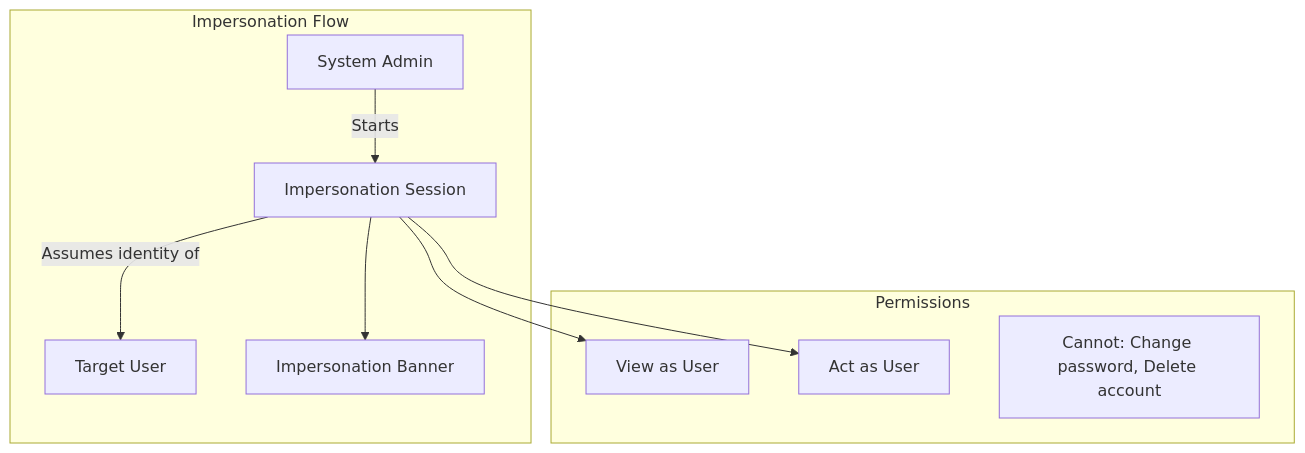
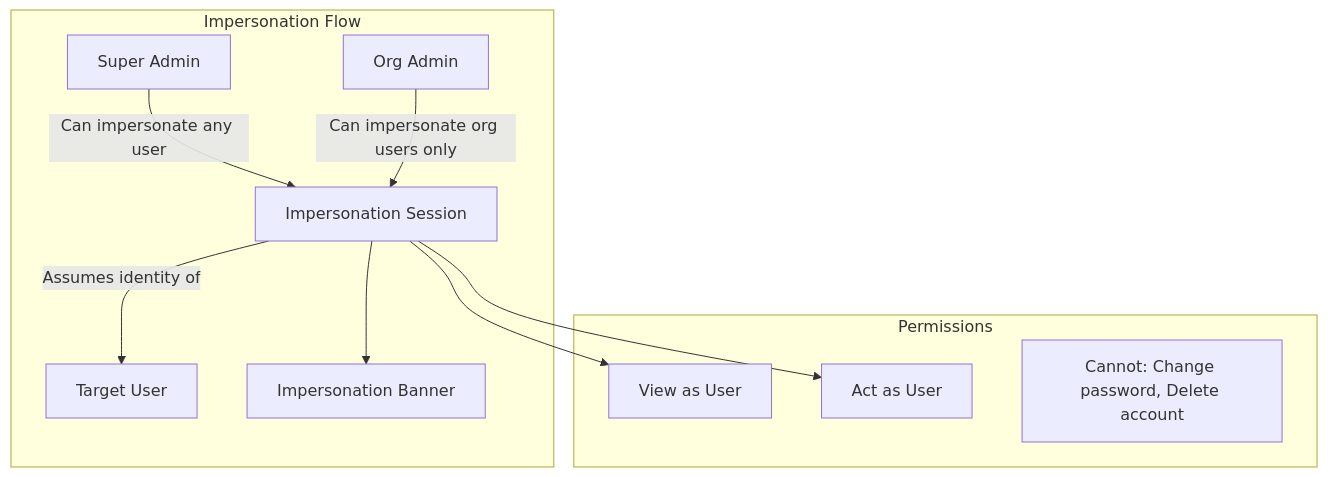
One commit to Dyad-Apps/argus-lite changed the third of 6 diagrams in docs/architecture/phase-5-security-features.md. Above: the diagram before and after it, drawn with Mermaid. The commit also changed other lines of this file and 1 other file, not shown here.

First line of the commit message:
docs: update documentation with org_admin role and impersonation rules

````diff
--- a/docs/architecture/phase-5-security-features.md
+++ b/docs/architecture/phase-5-security-features.md
@@ -101,21 +105,23 @@
 ```mermaid
 graph TB
     subgraph "Impersonation Flow"
-        ADMIN[System Admin]
+        SUPER[Super Admin]
+        ORG[Org Admin]
         TARGET[Target User]
         SESSION[Impersonation Session]
         BANNER[Impersonation Banner]
     end
 
     subgraph "Permissions"
         VIEW[View as User]
         ACT[Act as User]
         EXCLUDE[Cannot: Change password, Delete account]
     end
 
-    ADMIN -->|Starts| SESSION
+    SUPER -->|Can impersonate any user| SESSION
+    ORG -->|Can impersonate org users only| SESSION
     SESSION -->|Assumes identity of| TARGET
     SESSION --> BANNER
     SESSION --> VIEW
     SESSION --> ACT
 ```
````
